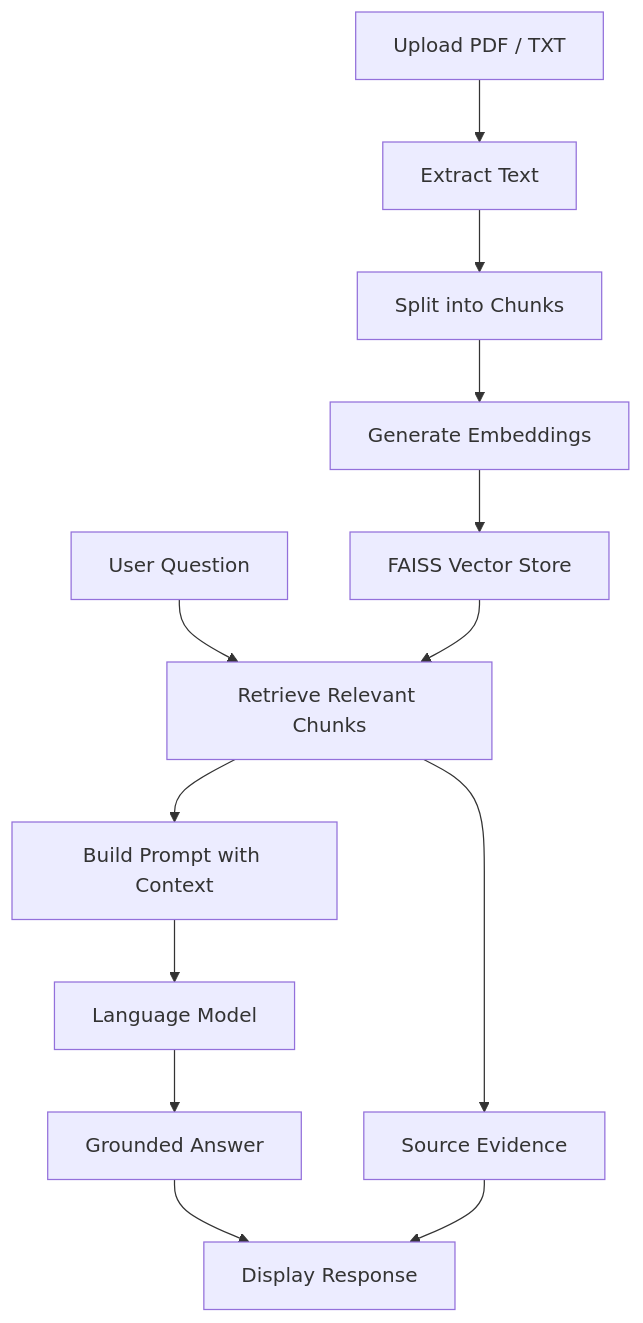
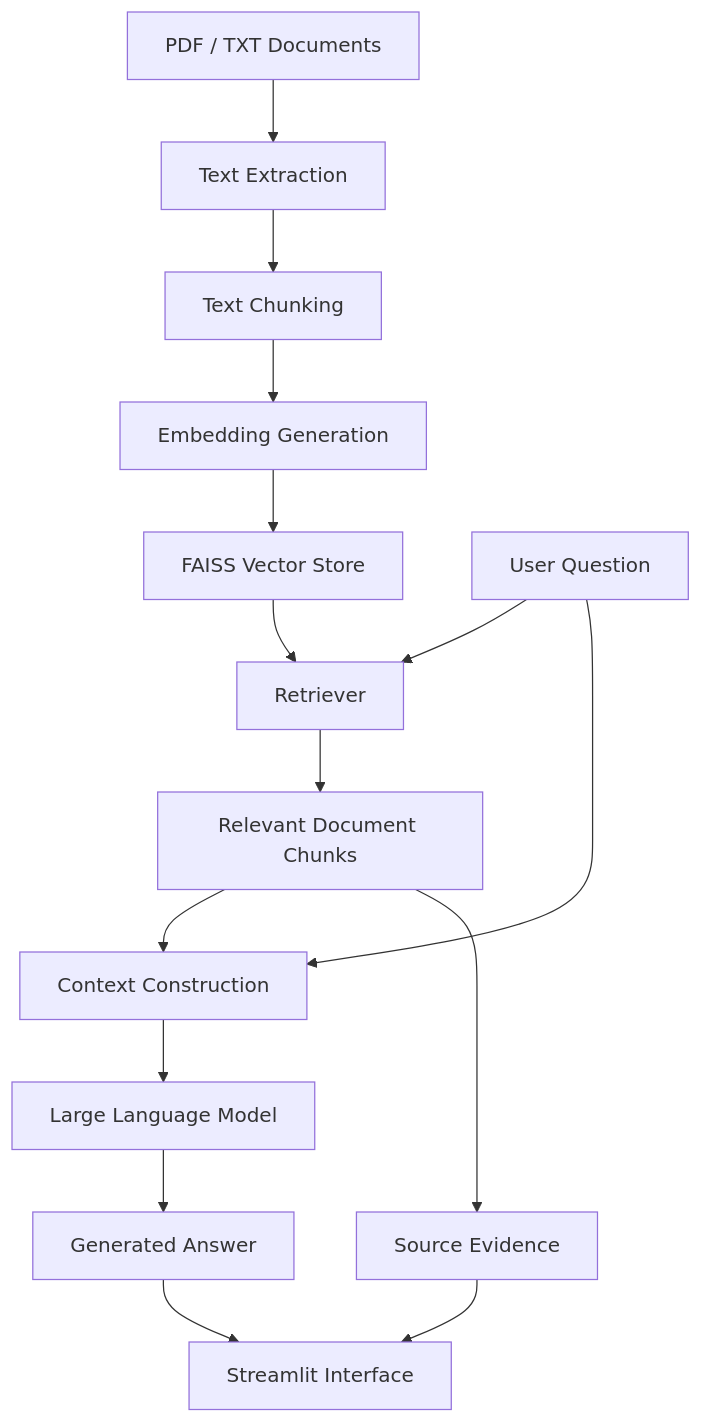
One commit to Dhanush7753/Smart-Document-assistant changed the diagram in readme.md. Above: the diagram before and after it, drawn with Mermaid. The commit also changed other lines of this file, not shown here.

````diff
--- a/readme.md
+++ b/readme.md
@@ -22,16 +30,21 @@
 ```mermaid
 flowchart TD
-    A[Upload PDF / TXT] --> B[Extract Text]
-    B --> C[Split into Chunks]
-    C --> D[Generate Embeddings]
+    A[PDF / TXT Documents] --> B[Text Extraction]
+    B --> C[Text Chunking]
+    C --> D[Embedding Generation]
     D --> E[FAISS Vector Store]
 
-    F[User Question] --> G[Retrieve Relevant Chunks]
+    F[User Question] --> G[Retriever]
     E --> G
-    G --> H[Build Prompt with Context]
-    H --> I[Language Model]
-    I --> J[Grounded Answer]
-    G --> K[Source Evidence]
-    J --> L[Display Response]
-    K --> L
+
+    G --> H[Relevant Document Chunks]
+    H --> I[Context Construction]
+    F --> I
+
+    I --> J[Large Language Model]
+    J --> K[Generated Answer]
+
+    H --> L[Source Evidence]
+    K --> M[Streamlit Interface]
+    L --> M
 ```
````
